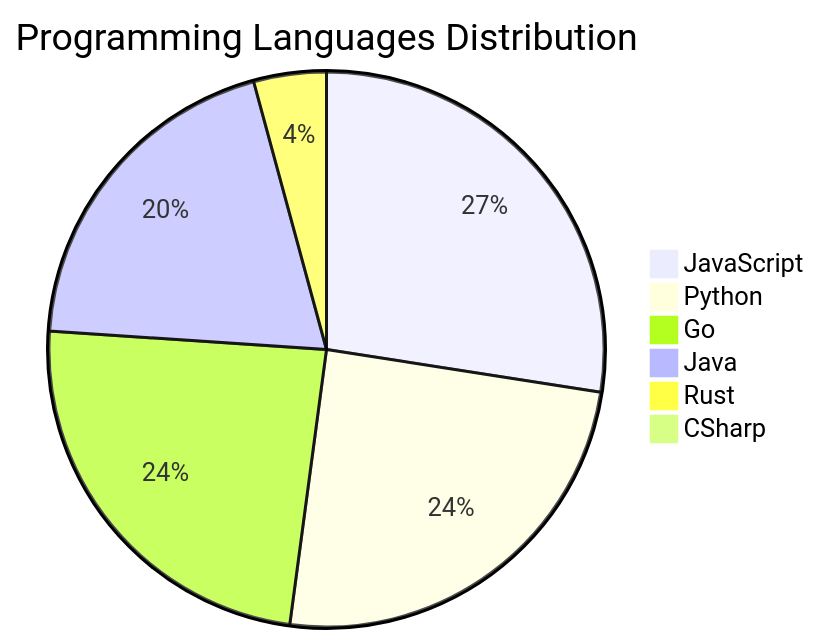
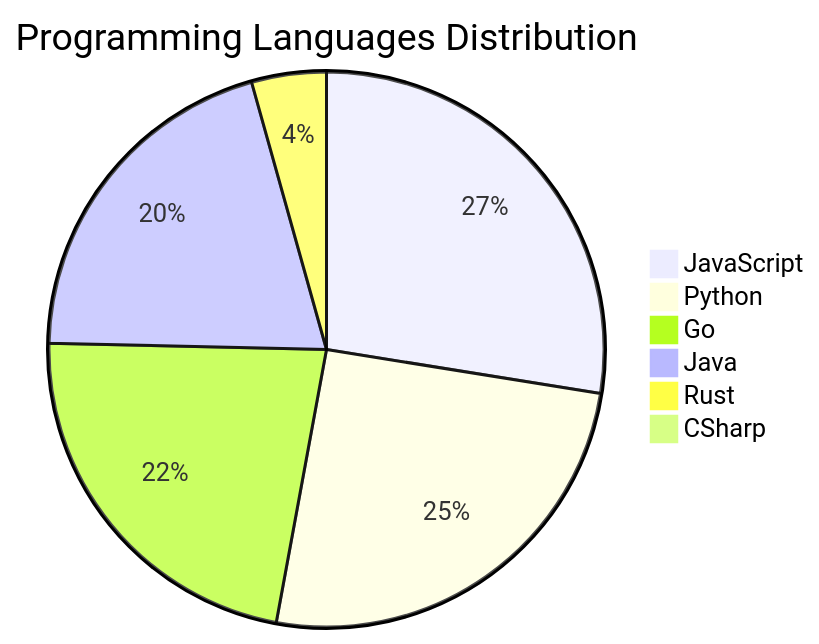
The diagram in README.md (Derrick-MUGISHA/github-activity-bot), drawn with Mermaid before and after one commit. The commit also changed other lines of this file and 4 other files, not shown here.

````diff
--- a/README.md
+++ b/README.md
@@ -206,9 +206,9 @@
 ```mermaid
 pie title Programming Languages Distribution
-    "JavaScript" : 39
+    "JavaScript" : 38
     "Python" : 35
-    "Go" : 34
+    "Go" : 31
     "Java" : 28
     "Rust" : 6
     "CSharp" : 1
 ```
````
